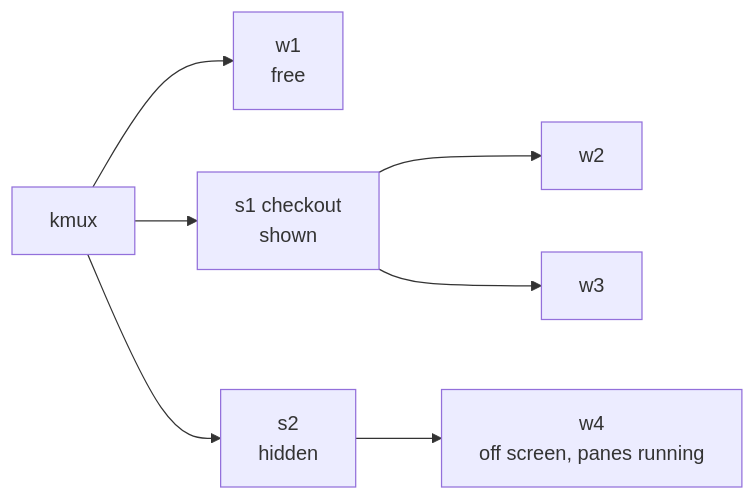
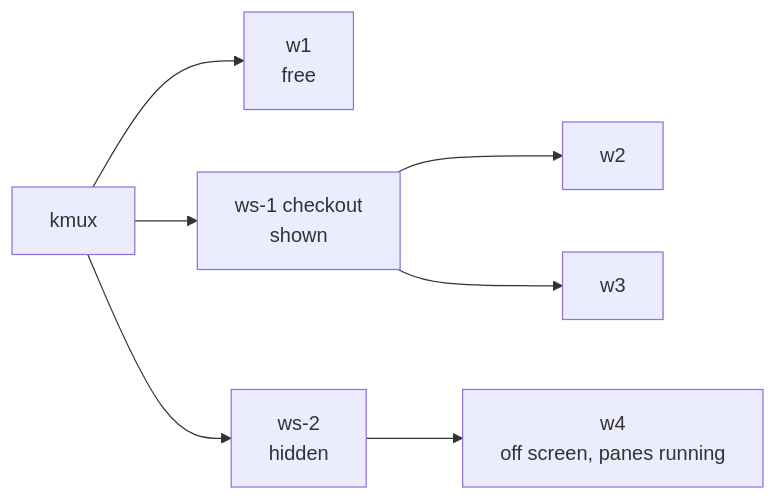
The sixth of 7 diagrams in docs/kmux-spec.md (tampopogk/kmux), drawn with Mermaid before and after one commit. The commit also changed other lines of this file and 9 other files, not shown here.

````diff
--- a/docs/kmux-spec.md
+++ b/docs/kmux-spec.md
@@ -212,9 +212,9 @@
 ```mermaid
 flowchart LR
     APP["kmux"] --> F["w1<br/>free"]
-    APP --> S1["s1 checkout<br/>shown"]
-    APP --> S2["s2<br/>hidden"]
+    APP --> S1["ws-1 checkout<br/>shown"]
+    APP --> S2["ws-2<br/>hidden"]
     S1 --> W2["w2"]
     S1 --> W3["w3"]
     S2 --> W4["w4<br/>off screen, panes running"]
 ```
````
